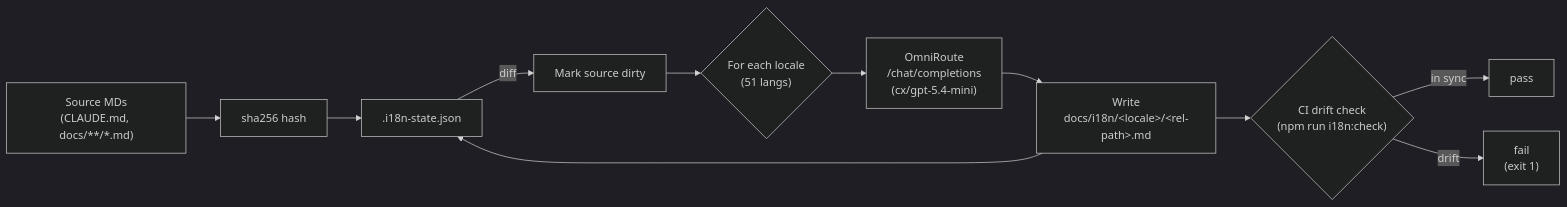
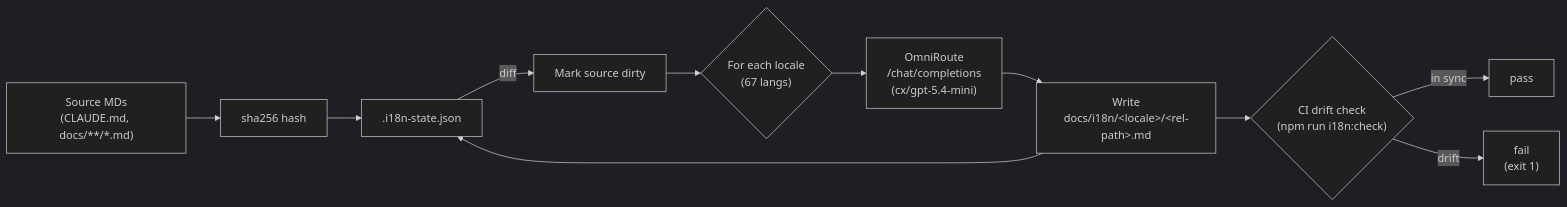
Before and after one commit to thinh0704hcm/OmniRoute: the diagram in docs/diagrams/i18n-flow.mmd, drawn with Mermaid (dark theme). The commit also changed 123 other files, not shown here.

```diff
--- a/docs/diagrams/i18n-flow.mmd
+++ b/docs/diagrams/i18n-flow.mmd
@@ -1,14 +1,14 @@
 %% Incremental hash-based i18n pipeline
 %% Reflects: scripts/i18n/* and docs/i18n/<locale>/*.md mirror layout
 %% v3.8.0
 flowchart LR
   Src["Source MDs<br/>(CLAUDE.md, docs/**/*.md)"] --> Hash["sha256 hash"]
   Hash --> State[".i18n-state.json"]
   State -->|diff| Dirty["Mark source dirty"]
-  Dirty --> Loop{"For each locale<br/>(51 langs)"}
+  Dirty --> Loop{"For each locale<br/>(67 langs)"}
   Loop --> LLM["OmniRoute<br/>/chat/completions<br/>(cx/gpt-5.4-mini)"]
   LLM --> Target["Write<br/>docs/i18n/&lt;locale&gt;/&lt;rel-path&gt;.md"]
   Target --> State
   Target --> CI{"CI drift check<br/>(npm run i18n:check)"}
   CI -->|in sync| Pass["pass"]
   CI -->|drift| Fail["fail<br/>(exit 1)"]
```
